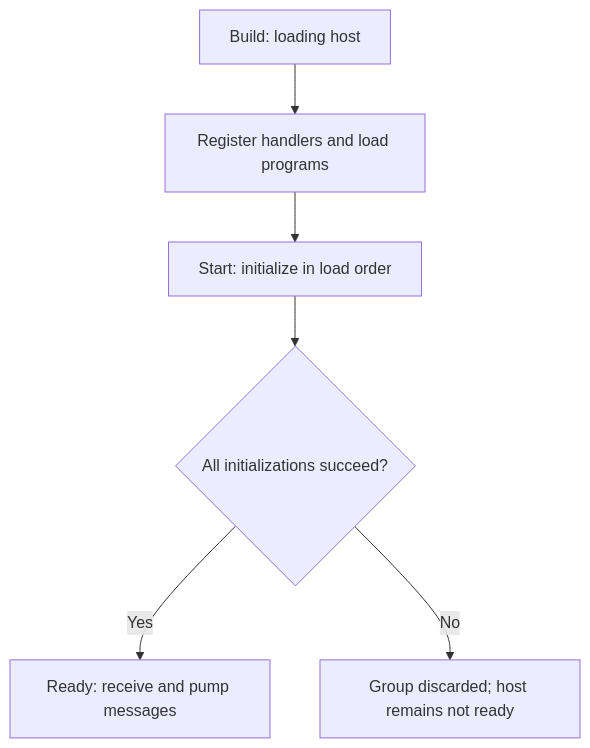
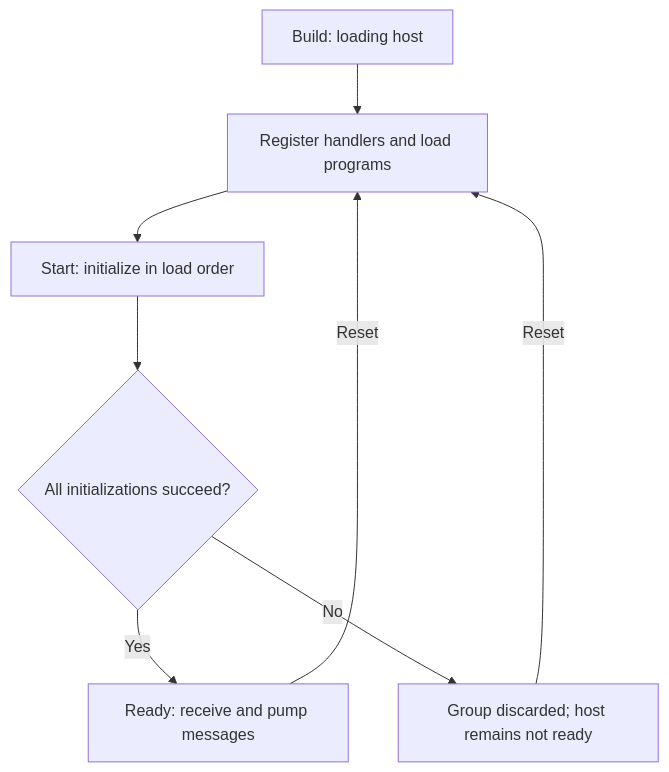
Before and after one commit to schloepke/GameEventScript: the first of 2 diagrams in specs/HostRuntime.md, drawn with Mermaid. The commit also changed other lines of this file and 105 other files, not shown here.

First line of the commit message:
Add named timers, heartbeats and host reset

````diff
--- a/specs/HostRuntime.md
+++ b/specs/HostRuntime.md
@@ -122,10 +122,12 @@
 ```mermaid
 flowchart TD
     accTitle: Initial host loading and startup
-    accDescr: Build creates a loading host. Register handlers and load initial programs, then Start runs their initialization in load order. Only complete group success makes the host ready. Failure discards the group and leaves the host permanently not ready.
+    accDescr: Build creates a loading host. Register handlers and load initial programs, then Start runs their initialization in load order. Only complete group success makes the host ready. Failure discards the group and leaves the host not ready until a reset. Reset returns a ready or failed host to the loading state with its programs kept.
     Build["Build: loading host"] --> Load["Register handlers and load programs"]
     Load --> Start["Start: initialize in load order"]
     Start --> Result{"All initializations succeed?"}
     Result -->|Yes| Ready["Ready: receive and pump messages"]
     Result -->|No| Failed["Group discarded; host remains not ready"]
+    Ready -->|Reset| Load
+    Failed -->|Reset| Load
 ```
````
